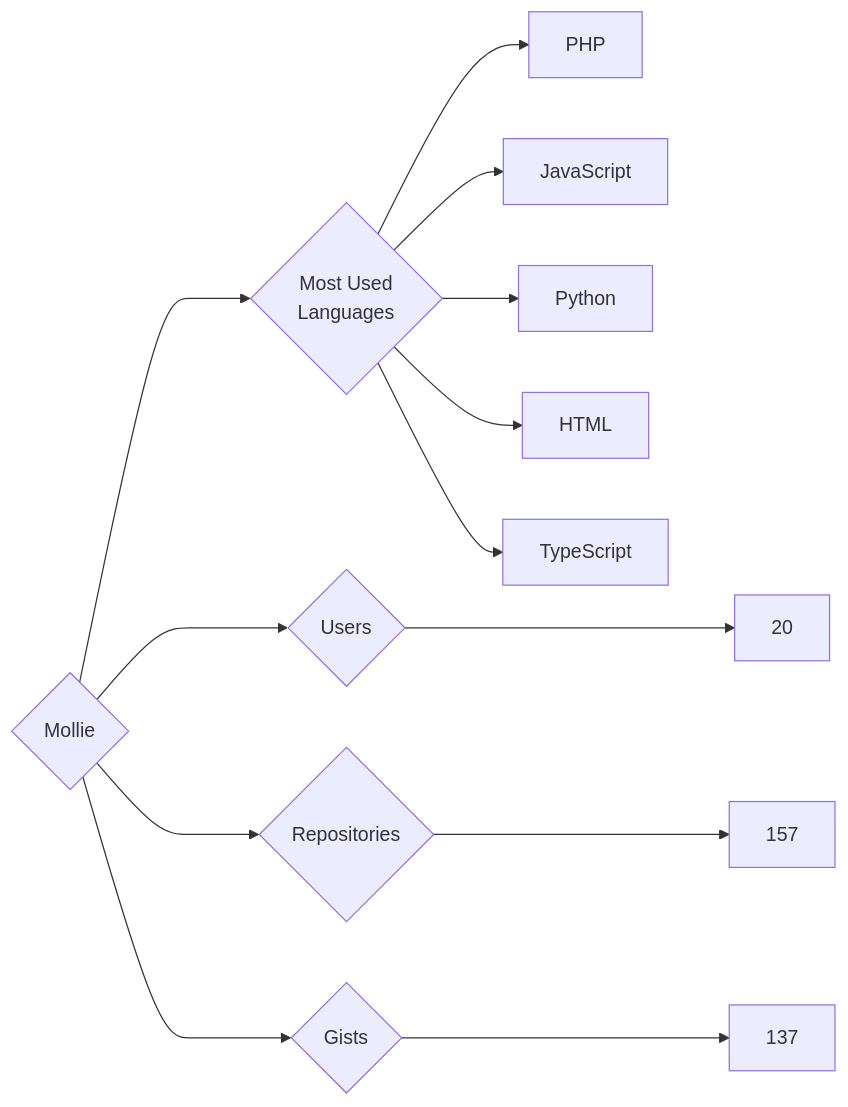
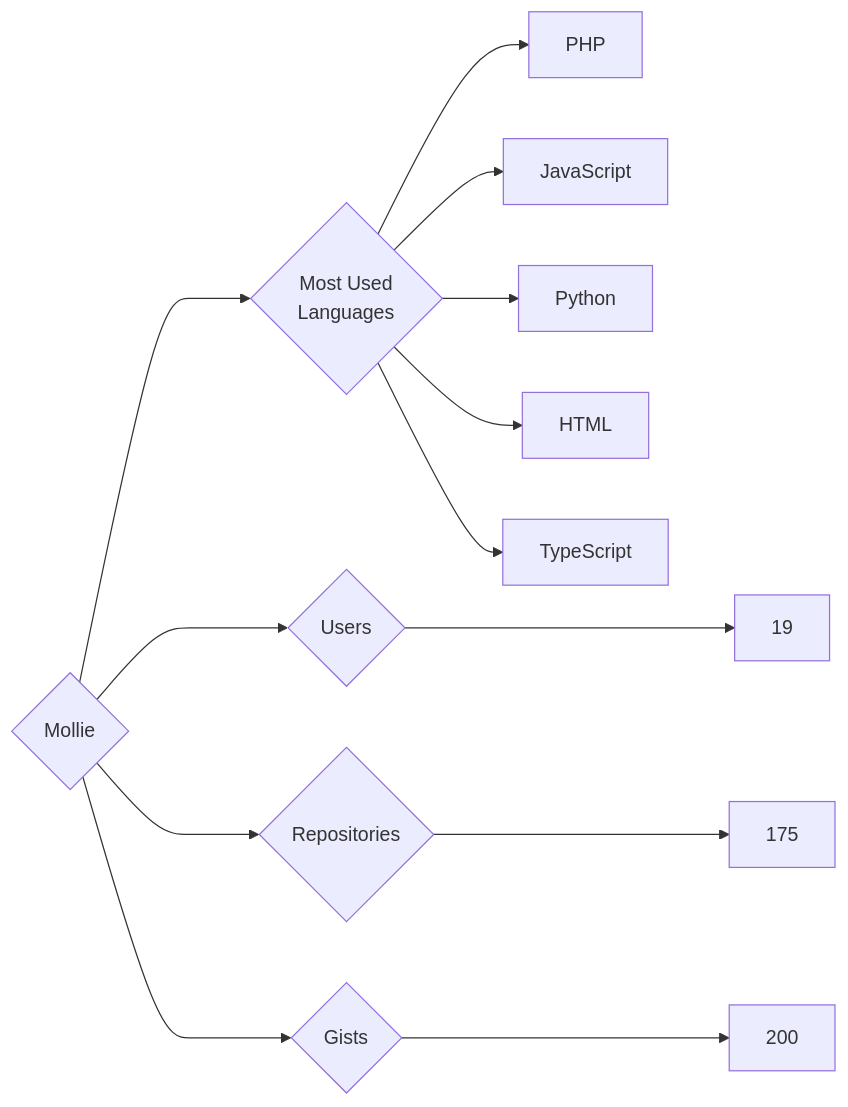
The diagram in targets/Mollie/README.md (trickest/insiders), drawn with Mermaid before and after one commit. The commit also changed 969 other files, not shown here.

````diff
--- a/targets/Mollie/README.md
+++ b/targets/Mollie/README.md
@@ -3,13 +3,13 @@
 ```mermaid
 graph LR
 COMPANY_NAME{Mollie}
-COMPANY_NAME ---> U{Users} ---> UN[20]
-COMPANY_NAME ---> R{Repositories} ---> RN[157]
-COMPANY_NAME ---> G{Gists} ---> GN[137]
+COMPANY_NAME ---> U{Users} ---> UN[19]
+COMPANY_NAME ---> R{Repositories} ---> RN[175]
+COMPANY_NAME ---> G{Gists} ---> GN[200]
 COMPANY_NAME ---> ML{Most Used<br>Languages}
 ML --> PHP[PHP]
 ML --> JavaScript[JavaScript]
 ML --> Python[Python]
 ML --> HTML[HTML]
 ML --> TypeScript[TypeScript]
 ```
````
